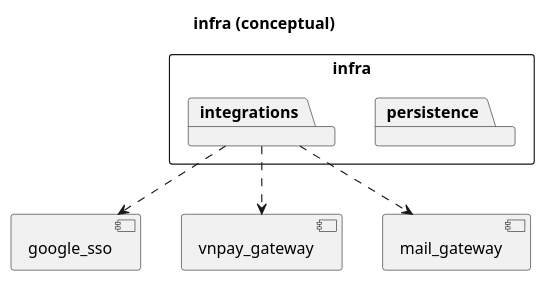
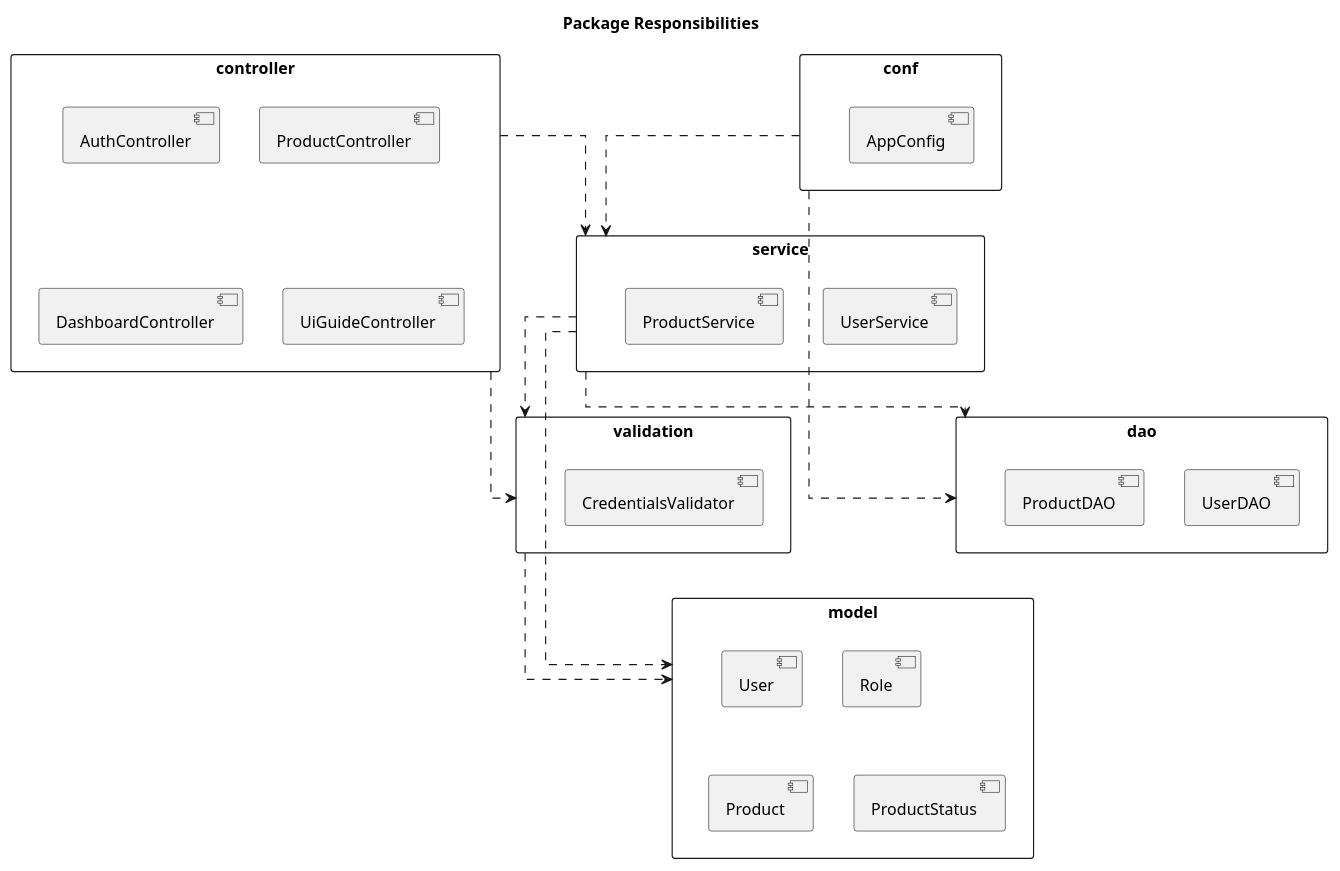
The second of 2 diagrams in docs/diagrams/package-diagram.puml (duclongg9/SWP391_MMO_Project), drawn with PlantUML before and after one commit. The commit also changed other lines of this file and 3 other files, not shown here.

Commit message:
Restore layered packages and update diagrams

```diff
--- a/docs/diagrams/package-diagram.puml
+++ b/docs/diagrams/package-diagram.puml
@@ -175,14 +40,49 @@
 @startuml
-title infra (conceptual)
 skinparam packageStyle rectangle
 skinparam shadowing false
+skinparam linetype ortho
 
-package infra {
-  package persistence
-  package integrations
+title Package Responsibilities
+
+package controller {
+  [AuthController]
+  [ProductController]
+  [DashboardController]
+  [UiGuideController]
 }
 
-integrations ..> [google_sso]
-integrations ..> [vnpay_gateway]
-integrations ..> [mail_gateway]
+package service {
+  [UserService]
+  [ProductService]
+}
+
+package validation {
+  [CredentialsValidator]
+}
+
+package dao {
+  [UserDAO]
+  [ProductDAO]
+}
+
+package model {
+  [User]
+  [Role]
+  [Product]
+  [ProductStatus]
+}
+
+package conf {
+  [AppConfig]
+}
+
+controller ..> service
+controller ..> validation
+service ..> dao
+service ..> validation
+service ..> model
+validation ..> model
+conf ..> service
+conf ..> dao
+
 @enduml
```
